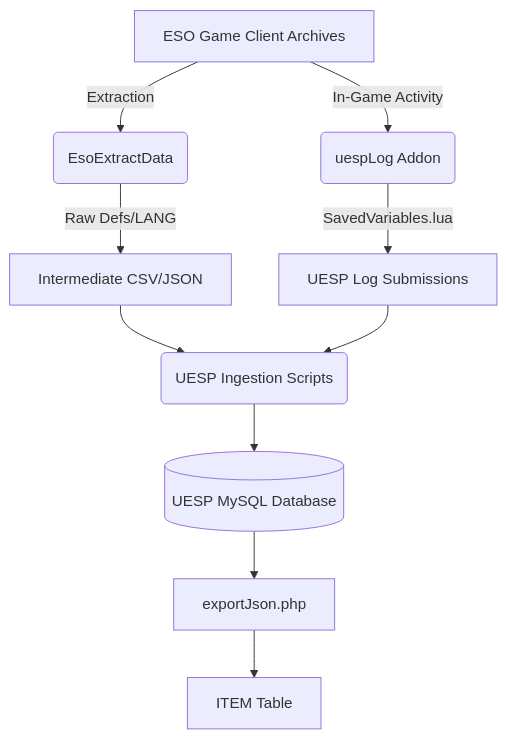
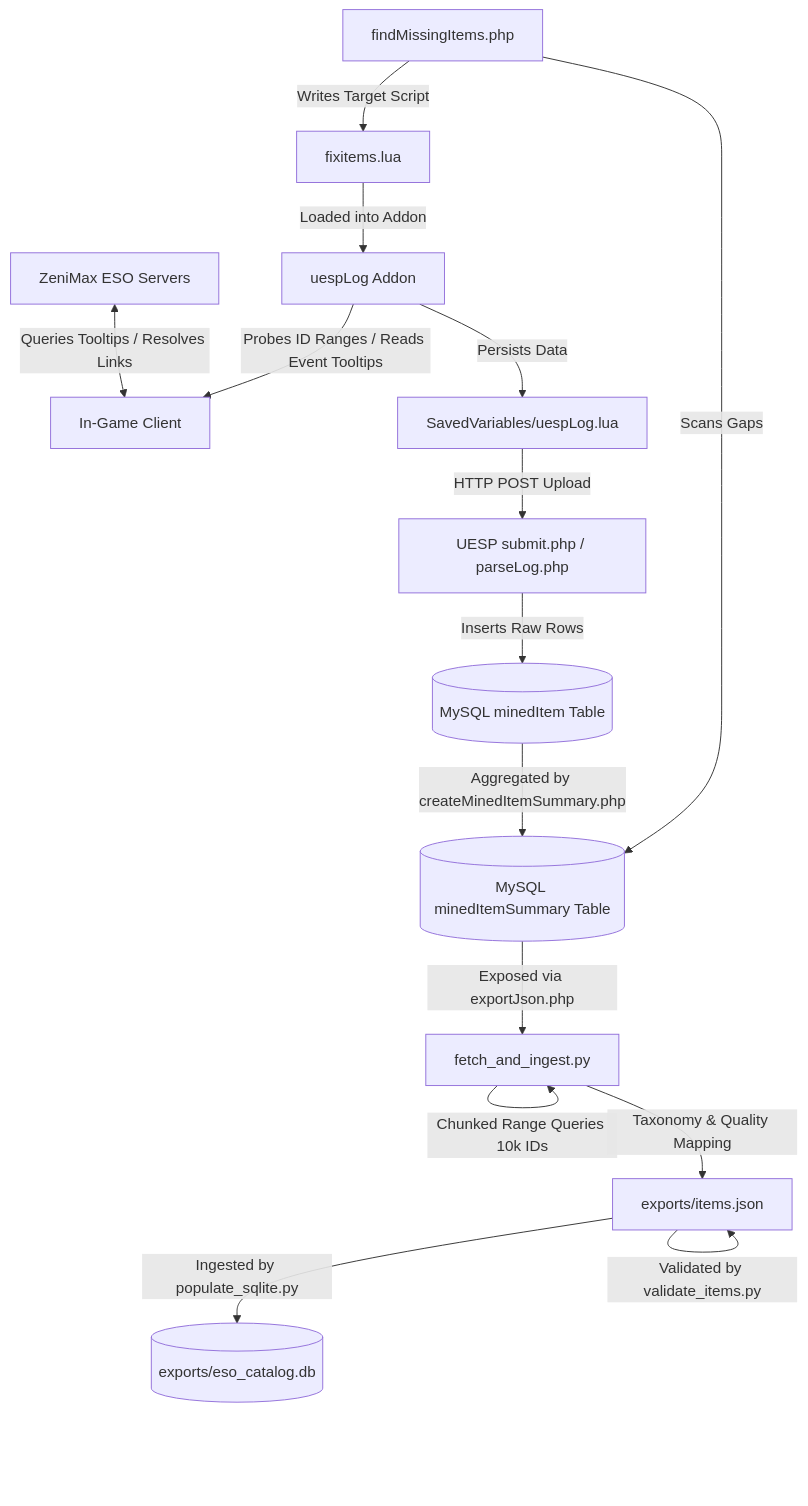
Before and after one commit to Tamriel-Toolkit/ESO-Trade-Project: the diagram in docs/DataAcquisitionReport.md, drawn with Mermaid. The commit also changed other lines of this file and 10 other files, not shown here.

Commit message:
implement data framework (untrack generated catalog database files)

````diff
--- a/docs/DataAcquisitionReport.md
+++ b/docs/DataAcquisitionReport.md
@@ -15,12 +21,22 @@
 ```mermaid
-graph TD
-    A[ESO Game Client Archives] -->|Extraction| B(EsoExtractData)
-    B -->|Raw Defs/LANG| C[Intermediate CSV/JSON]
-    A -->|In-Game Activity| D(uespLog Addon)
-    D -->|SavedVariables.lua| E[UESP Log Submissions]
-    C --> F(UESP Ingestion Scripts)
-    E --> F
-    F --> G[(UESP MySQL Database)]
-    G --> H[exportJson.php]
-    H --> I[ITEM Table]
+flowchart TD
+    %% Game Client Level
+    A[ZeniMax ESO Servers] <-->|Queries Tooltips / Resolves Links| B[In-Game Client]
+    C[uespLog Addon] -->|Probes ID Ranges / Reads Event Tooltips| B
+    C -->|Persists Data| D[SavedVariables/uespLog.lua]
+    
+    %% UESP Server Level
+    D -->|HTTP POST Upload| E[UESP submit.php / parseLog.php]
+    E -->|Inserts Raw Rows| F[(MySQL minedItem Table)]
+    F -->|Aggregated by createMinedItemSummary.php| G[(MySQL minedItemSummary Table)]
+    I[findMissingItems.php] -->|Scans Gaps| G
+    I -->|Writes Target Script| H[fixitems.lua]
+    H -->|Loaded into Addon| C
+    
+    %% Our Local Pipeline Level
+    G -->|Exposed via exportJson.php| J[fetch_and_ingest.py]
+    J -->|Chunked Range Queries 10k IDs| J
+    J -->|Taxonomy & Quality Mapping| K[exports/items.json]
+    K -->|Validated by validate_items.py| K
+    K -->|Ingested by populate_sqlite.py| L[(exports/eso_catalog.db)]
 ```
````
